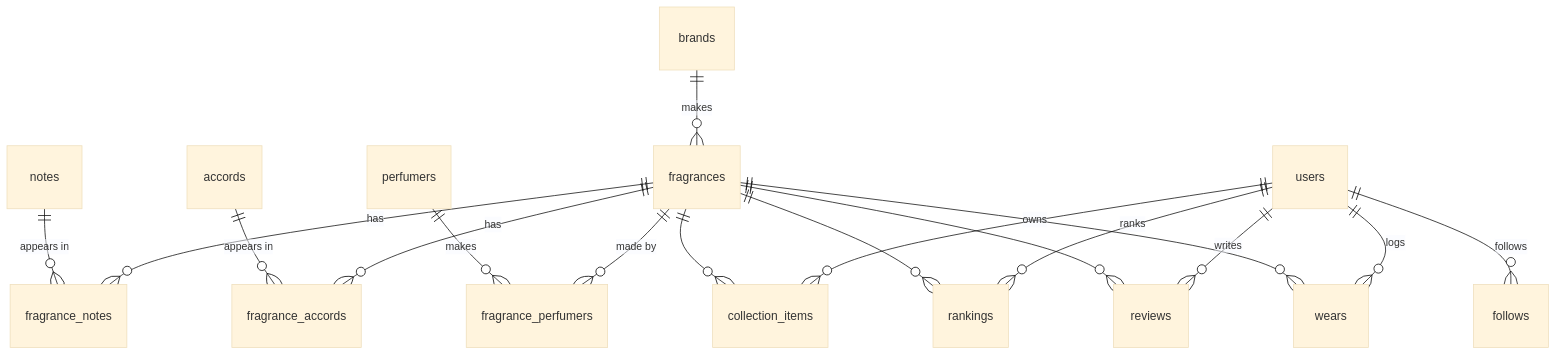
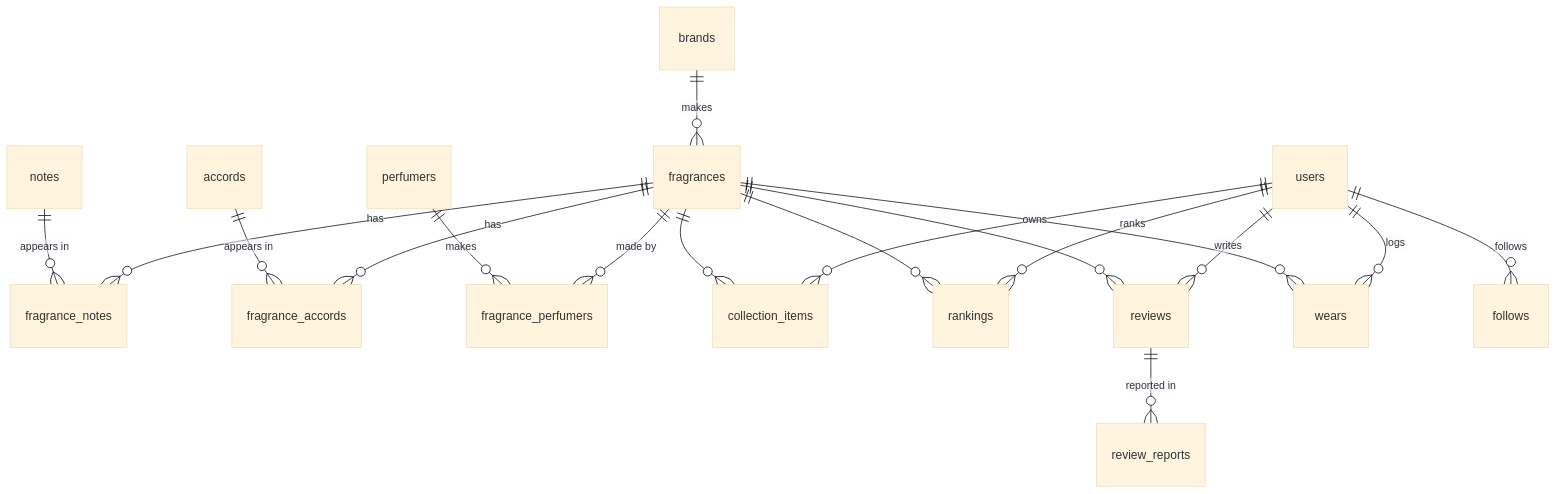
Before and after one commit to GuteraaAyana/scentbook: the second of 2 diagrams in README.md, drawn with Mermaid (base theme). The commit also changed other lines of this file and 3 other files, not shown here.

````diff
--- a/README.md
+++ b/README.md
@@ -15,19 +73,20 @@
 ```mermaid
 erDiagram
     brands ||--o{ fragrances : makes
     fragrances ||--o{ fragrance_notes : has
     notes ||--o{ fragrance_notes : "appears in"
     fragrances ||--o{ fragrance_accords : has
     accords ||--o{ fragrance_accords : "appears in"
     fragrances ||--o{ fragrance_perfumers : "made by"
     perfumers ||--o{ fragrance_perfumers : makes
     users ||--o{ collection_items : owns
     users ||--o{ rankings : ranks
     users ||--o{ reviews : writes
     users ||--o{ wears : logs
     users ||--o{ follows : follows
+    reviews ||--o{ review_reports : "reported in"
     fragrances ||--o{ collection_items : ""
     fragrances ||--o{ rankings : ""
     fragrances ||--o{ reviews : ""
     fragrances ||--o{ wears : ""
 ```
````
